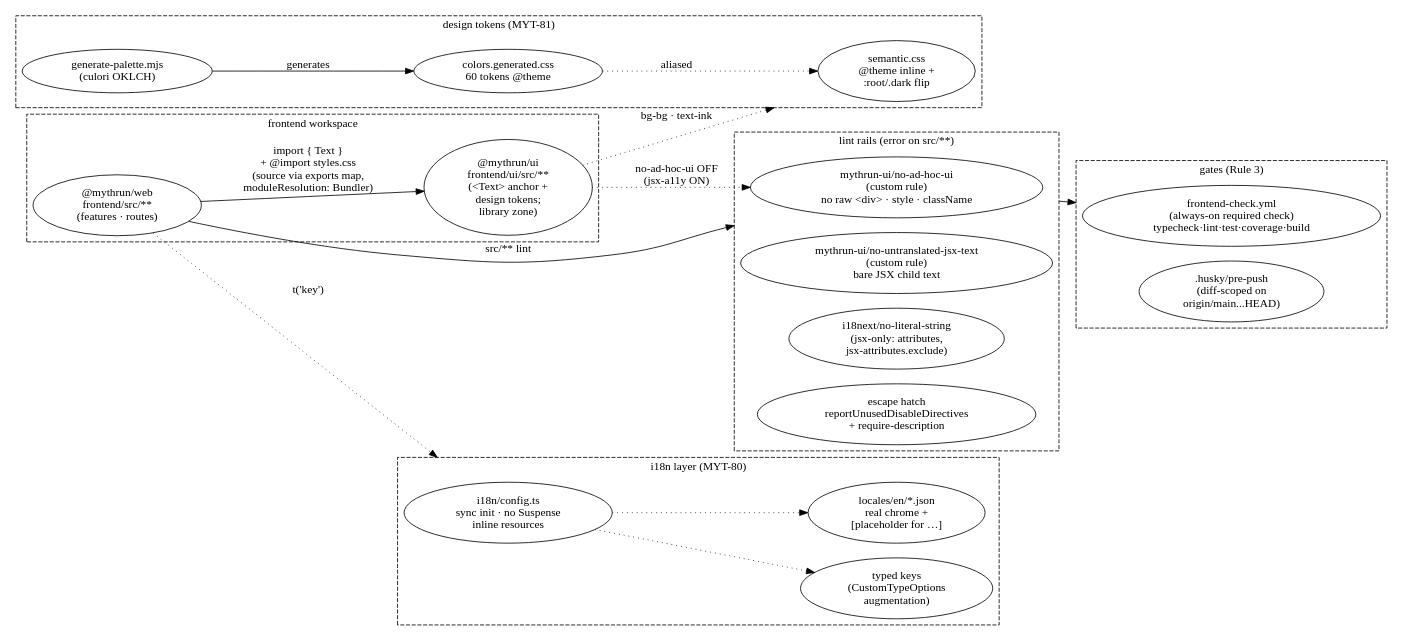
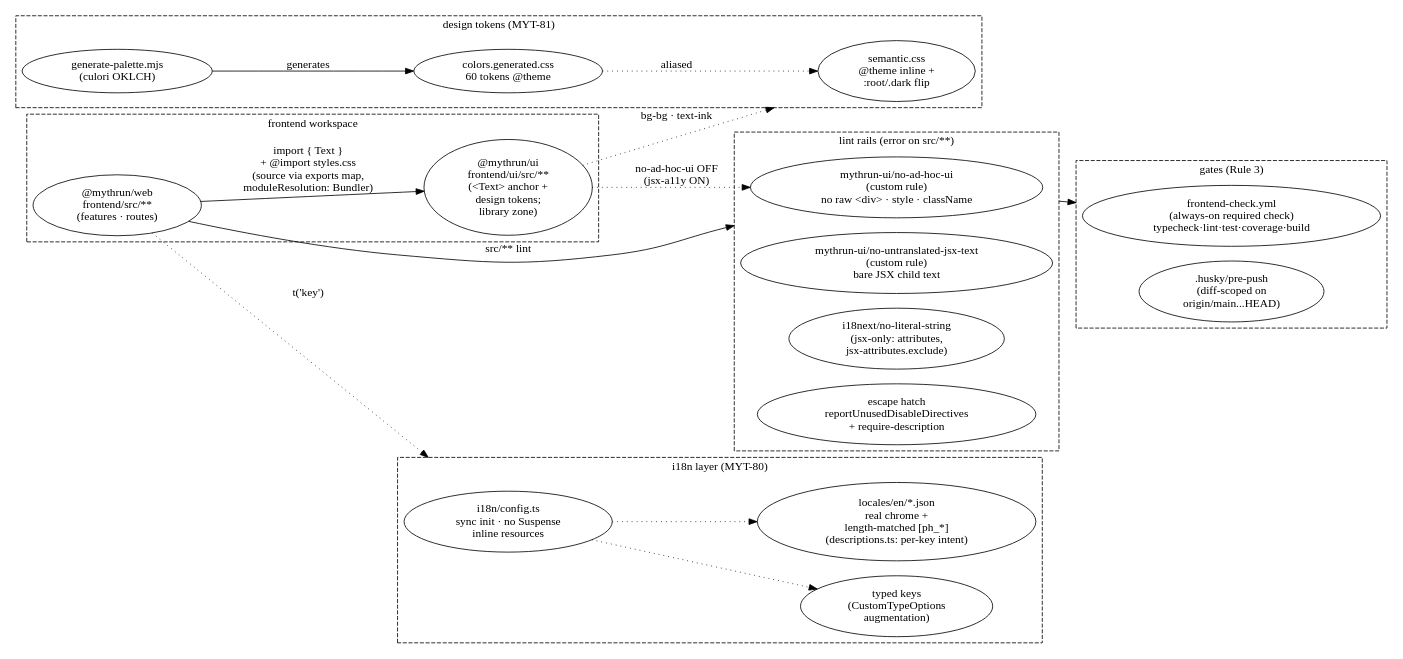
Before and after one commit to mythrun/mythrun: the diagram in docs/wiki/diagrams/frontend/foundation.dot, drawn with Graphviz. The commit also changed 11 other files, not shown here.

```diff
--- a/docs/wiki/diagrams/frontend/foundation.dot
+++ b/docs/wiki/diagrams/frontend/foundation.dot
@@ -1,81 +1,81 @@
 digraph frontend_foundation {
   // The frontend foundation: two workspace packages, the lint rails that gate
   // feature code, the i18n layer every string flows through, and the design
   // tokens every component consumes. @mythrun/web (feature/route code) consumes
   // @mythrun/ui as SOURCE through the exports map — both its TS primitives and
   // its styles.css token layer. Feature code under src/** must pass the rails:
   // no ad-hoc UI, and two cooperating no-hardcoded-strings rails (JSX-child text
   // + attributes). Rails are enforced identically by the frontend-check CI
   // workflow and the diff-scoped pre-push section. The library zone
   // (frontend/ui/**) is exempt: raw elements and tokens live there.
   rankdir=LR;
   compound=true;
 
   subgraph cluster_ws {
     label="frontend workspace";
     style="dashed";
     color="ember";
     fontcolor="ember";
 
     web [label="@mythrun/web\nfrontend/src/**\n(features · routes)", color="ember", fontcolor="ember"];
     ui  [label="@mythrun/ui\nfrontend/ui/src/**\n(<Text> anchor +\ndesign tokens;\nlibrary zone)"];
     web -> ui [label="import { Text }\n+ @import styles.css\n(source via exports map,\nmoduleResolution: Bundler)"];
   }
 
   subgraph cluster_i18n {
     label="i18n layer (MYT-80)";
     style="dashed";
     color="ember";
     fontcolor="ember";
 
     cfg  [label="i18n/config.ts\nsync init · no Suspense\ninline resources"];
     keys [label="typed keys\n(CustomTypeOptions\naugmentation)"];
-    loc  [label="locales/en/*.json\nreal chrome +\n[placeholder for …]"];
+    loc  [label="locales/en/*.json\nreal chrome +\nlength-matched [ph_*]\n(descriptions.ts: per-key intent)"];
     cfg -> keys [style="dotted"];
     cfg -> loc  [style="dotted"];
   }
 
   subgraph cluster_tokens {
     label="design tokens (MYT-81)";
     style="dashed";
     color="ember";
     fontcolor="ember";
 
     gen  [label="generate-palette.mjs\n(culori OKLCH)"];
     pal  [label="colors.generated.css\n60 tokens @theme"];
     sem  [label="semantic.css\n@theme inline +\n:root/.dark flip"];
     gen -> pal [label="generates"];
     pal -> sem [style="dotted", label="aliased"];
   }
 
   subgraph cluster_rails {
     label="lint rails (error on src/**)";
     style="dashed";
     color="ember";
     fontcolor="ember";
 
     adhoc [label="mythrun-ui/no-ad-hoc-ui\n(custom rule)\nno raw <div> · style · className"];
     jsxt  [label="mythrun-ui/no-untranslated-jsx-text\n(custom rule)\nbare JSX child text"];
     i18n  [label="i18next/no-literal-string\n(jsx-only: attributes,\njsx-attributes.exclude)"];
     hatch [label="escape hatch\nreportUnusedDisableDirectives\n+ require-description"];
   }
 
   subgraph cluster_gates {
     label="gates (Rule 3)";
     style="dashed";
     color="ember";
     fontcolor="ember";
 
     ci   [label="frontend-check.yml\n(always-on required check)\ntypecheck·lint·test·coverage·build"];
     hook [label=".husky/pre-push\n(diff-scoped on\norigin/main...HEAD)"];
   }
 
   web -> cfg   [lhead=cluster_i18n, style="dotted", label="t('key')"];
   ui  -> sem   [lhead=cluster_tokens, style="dotted", label="bg-bg · text-ink"];
 
   web -> adhoc [lhead=cluster_rails, label="src/** lint"];
   ui  -> adhoc [style="dotted", label="no-ad-hoc-ui OFF\n(jsx-a11y ON)"];
 
   adhoc -> ci   [ltail=cluster_rails, lhead=cluster_gates];
   i18n  -> hook [style="invis"];
 }
```
